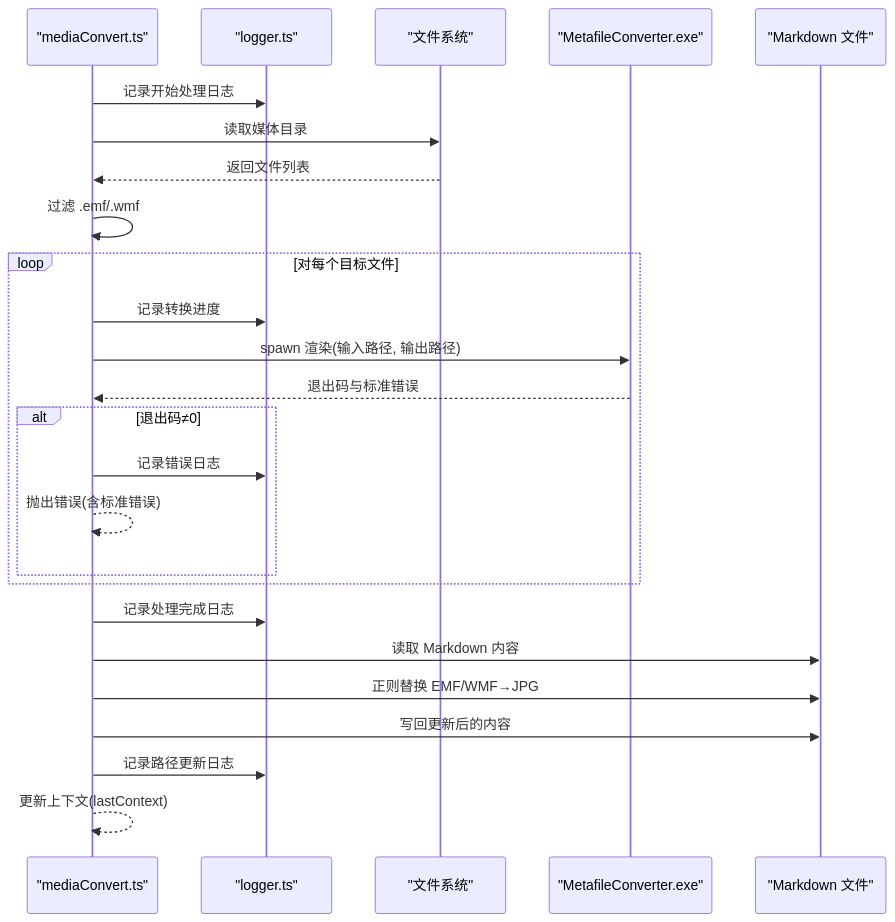
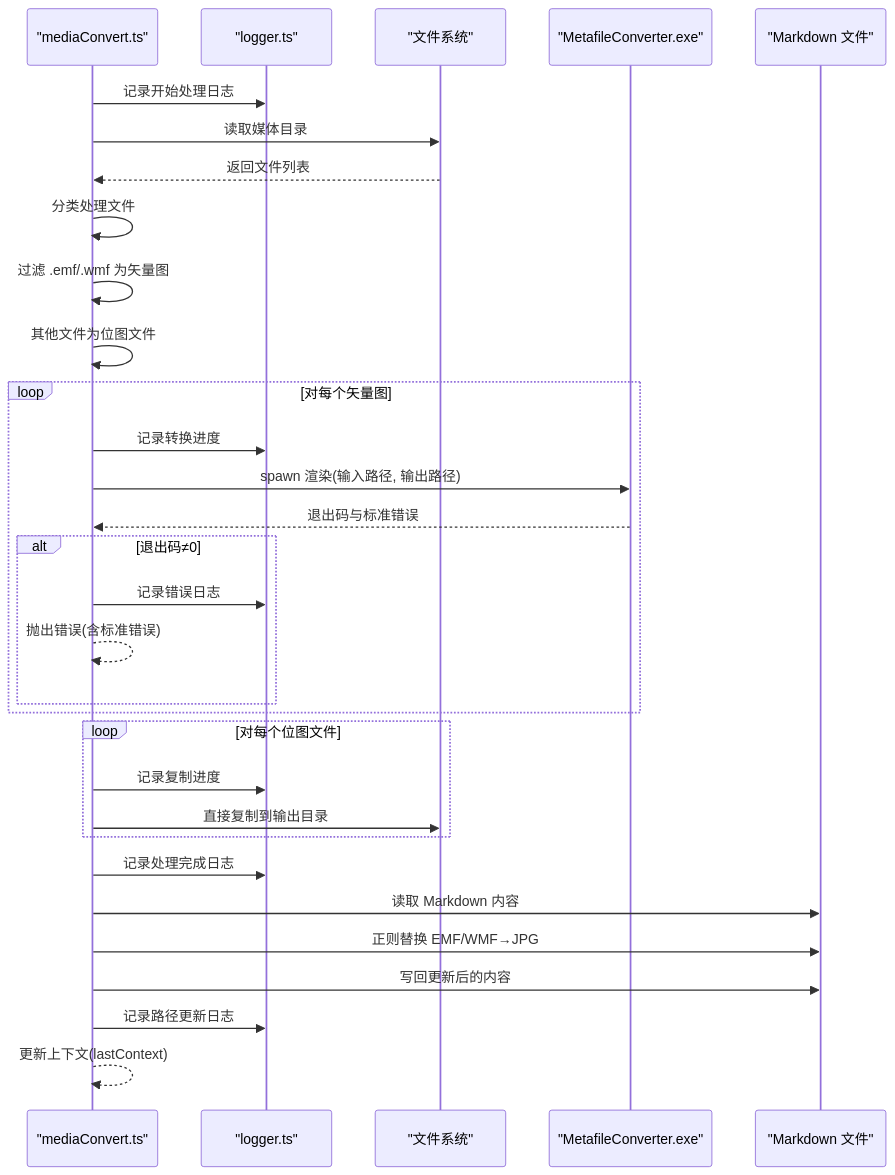
One commit to hllshiro/doc2md-cli changed the fourth of 7 diagrams in .qoder/repowiki/zh/content/矢量媒体处理.md. Above: the diagram before and after it, drawn with Mermaid. The commit also changed other lines of this file and 4 other files, not shown here.

First line of the commit message:
feat(media): 扩展多格式图像支持，增强文件处理能力

````diff
--- a/.qoder/repowiki/zh/content/矢量媒体处理.md
+++ b/.qoder/repowiki/zh/content/矢量媒体处理.md
@@ -226,27 +244,33 @@
 ```mermaid
 sequenceDiagram
 participant T as "mediaConvert.ts"
 participant L as "logger.ts"
 participant FS as "文件系统"
 participant EXE as "MetafileConverter.exe"
 participant MD as "Markdown 文件"
 T->>L : 记录开始处理日志
 T->>FS : 读取媒体目录
 FS-->>T : 返回文件列表
-T->>T : 过滤 .emf/.wmf
-loop 对每个目标文件
+T->>T : 分类处理文件
+T->>T : 过滤 .emf/.wmf 为矢量图
+T->>T : 其他文件为位图文件
+loop 对每个矢量图
 T->>L : 记录转换进度
 T->>EXE : spawn 渲染(输入路径, 输出路径)
 EXE-->>T : 退出码与标准错误
 alt 退出码≠0
 T->>L : 记录错误日志
 T-->>T : 抛出错误(含标准错误)
 end
 end
+loop 对每个位图文件
+T->>L : 记录复制进度
+T->>FS : 直接复制到输出目录
+end
 T->>L : 记录处理完成日志
 T->>MD : 读取 Markdown 内容
 T->>MD : 正则替换 EMF/WMF→JPG
 T->>MD : 写回更新后的内容
 T->>L : 记录路径更新日志
 T-->>T : 更新上下文(lastContext)
 ```
````
